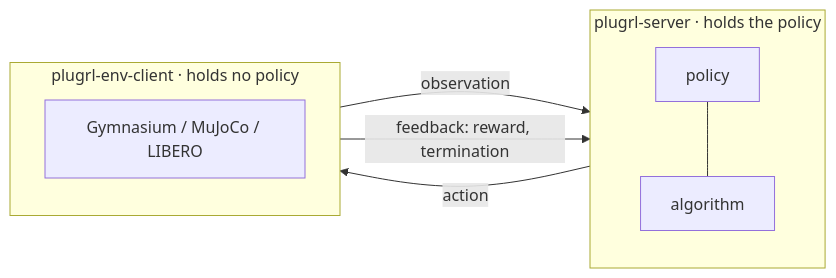
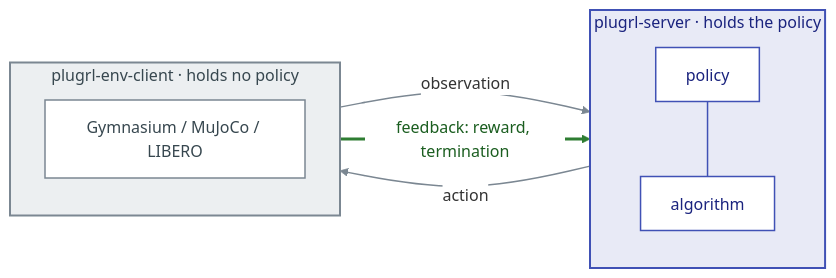
Before and after one commit to PlugRL/.github: the diagram in profile/README.md, drawn with Mermaid.

Commit message:
docs: the flowchart in the project's colours
The server in the indigo of plugrl.github.io, the env client in the
coverage figure's neutral grey, and the feedback arrow - the one the text
says matters - thicker and in the figure's green for learning. Every fill
and text colour is set explicitly, so it reads the same on GitHub's light
and dark themes. The fonts are left to GitHub: overriding them made Mermaid
measure one font and draw another, and clipped the labels.

````diff
--- a/profile/README.md
+++ b/profile/README.md
@@ -7,12 +7,23 @@
 ```mermaid
+%%{init: {"theme": "base", "themeVariables": {"lineColor": "#7b8792", "textColor": "#1f2328", "edgeLabelBackground": "#ffffff"}}}%%
 flowchart LR
   subgraph S["plugrl-server &middot; holds the policy"]
     P["policy"] --- A["algorithm"]
   end
   subgraph C["plugrl-env-client &middot; holds no policy"]
     E["Gymnasium / MuJoCo / LIBERO"]
   end
   C -- "observation" --> S
   S -- "action" --> C
   C -- "feedback: reward, termination" --> S
+
+  classDef server fill:#ffffff,stroke:#4051b5,stroke-width:1.5px,color:#1a237e
+  classDef client fill:#ffffff,stroke:#7b8792,stroke-width:1.5px,color:#37474f
+  class P,A server
+  class E client
+  style S fill:#e8eaf6,stroke:#4051b5,stroke-width:2px,color:#1a237e
+  style C fill:#eceff1,stroke:#7b8792,stroke-width:2px,color:#37474f
+  linkStyle 0 stroke:#4051b5,stroke-width:1.5px
+  linkStyle 1,2 stroke:#7b8792,stroke-width:1.5px
+  linkStyle 3 stroke:#2e7d32,stroke-width:3px,color:#1b5e20
 ```
````
